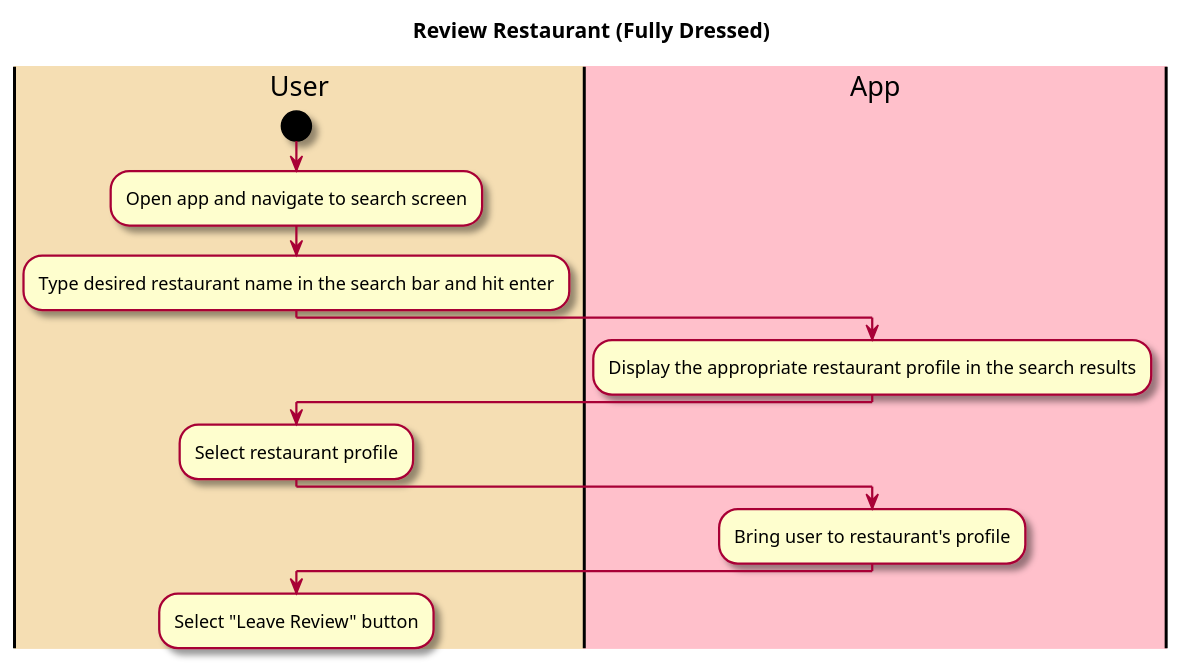
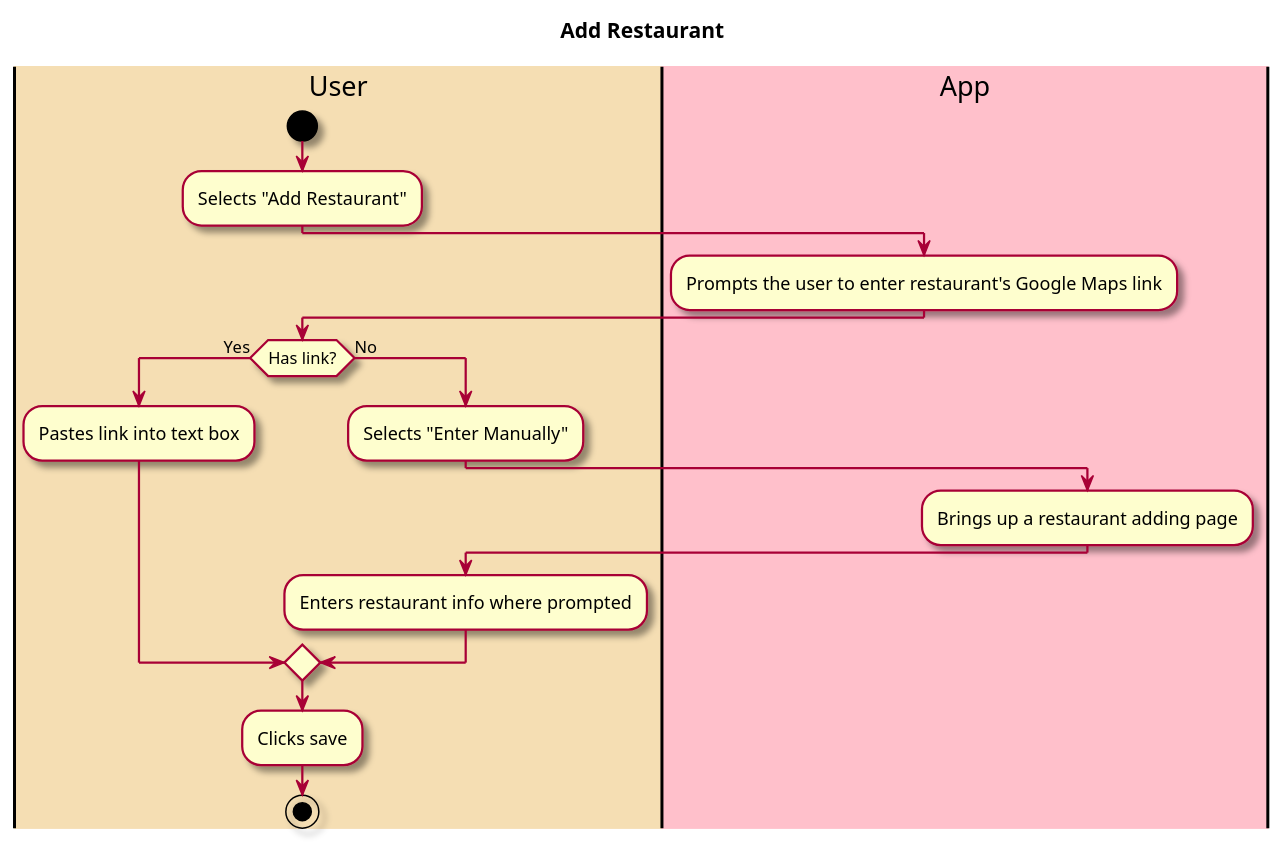
Before and after one commit to tanwasp/LunchBox-Android: the second of 2 diagrams in intellij/doc/use_cases/post_review.md, drawn with PlantUML. The commit also changed other lines of this file and 1 other file, not shown here.

````diff
--- a/intellij/doc/use_cases/post_review.md
+++ b/intellij/doc/use_cases/post_review.md
@@ -26,28 +86,34 @@
 ```plantuml
 @startuml
 
 skin rose
 
-title Review Restaurant (Fully Dressed)
+title Add Restaurant
 
 'define the lanes
 |#wheat|User|
 |#pink|App|
 
 |User|
 start
-:Open app and navigate to search screen;
-:Type desired restaurant name in the search bar and hit enter;
+:Selects "Add Restaurant";
 
 |App|
-:Display the appropriate restaurant profile in the search results;
+:Prompts the user to enter restaurant's Google Maps link;
 
 |User|
-:Select restaurant profile;
+if (Has link?) is (Yes) then
+:Pastes link into text box;
+else (No)
+:Selects "Enter Manually";
+|App|
+:Brings up a restaurant adding page;
+|User|
+:Enters restaurant info where prompted;
+endif
 
-|App|
-:Bring user to restaurant's profile;
+:Clicks save;
 
-|User|
-:Select "Leave Review" button;
+stop
+@enduml
 ```
````
